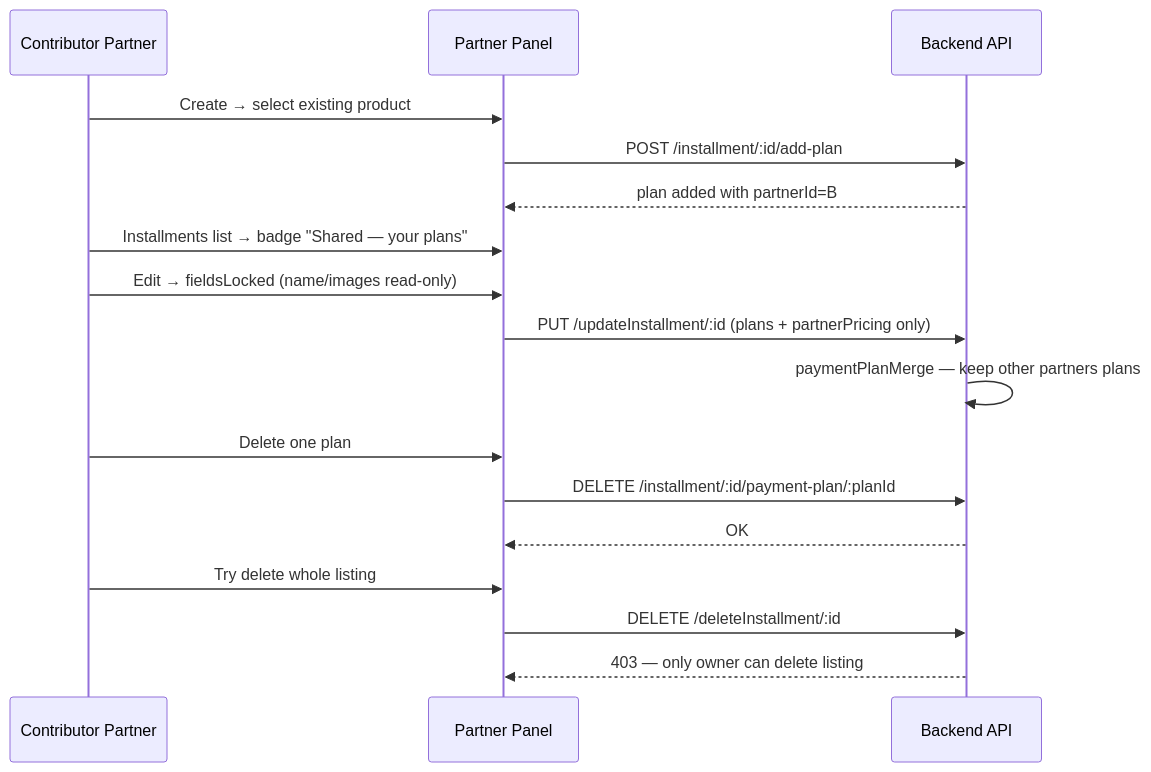
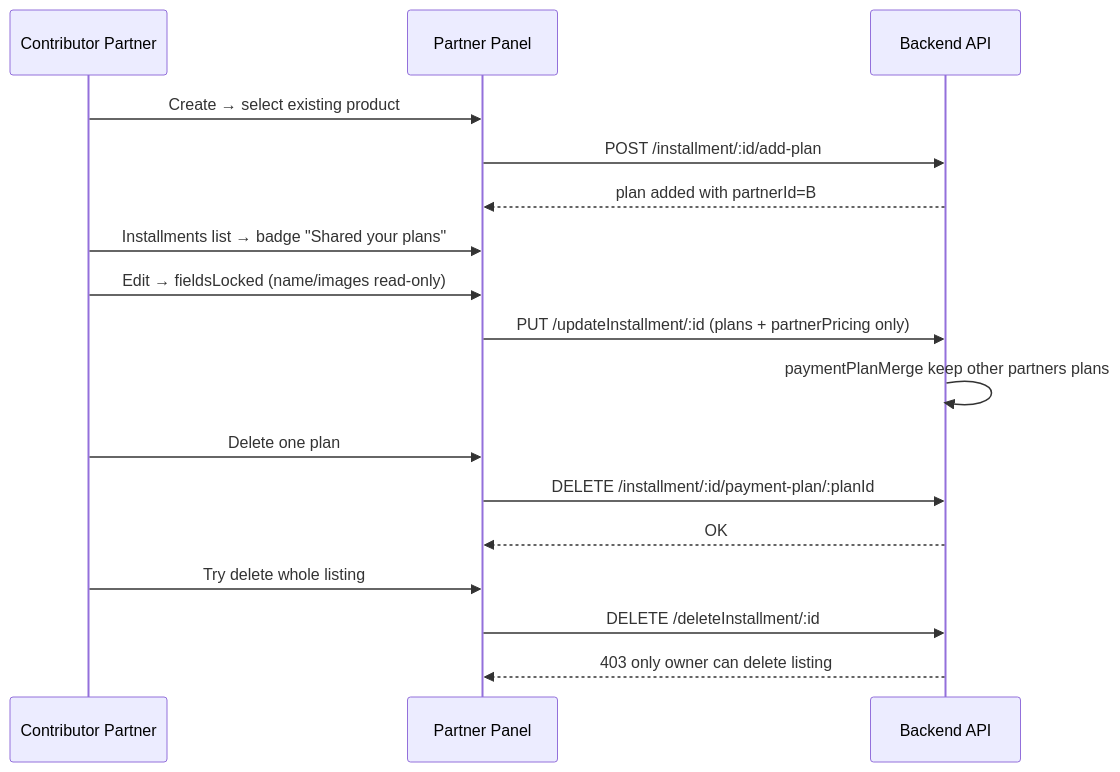
Diagram 21 of 25 in PARTNER_API_WORKFLOW.md (Madadgaar3377/madagaar-frontend), drawn with Mermaid before and after one commit. The commit also changed other lines of this file and 36 other files, not shown here.

````diff
--- a/PARTNER_API_WORKFLOW.md
+++ b/PARTNER_API_WORKFLOW.md
@@ -940,23 +940,23 @@
 ```mermaid
 sequenceDiagram
     participant P as Contributor Partner
     participant PP as Partner Panel
     participant API as Backend API
 
     P->>PP: Create → select existing product
     PP->>API: POST /installment/:id/add-plan
     API-->>PP: plan added with partnerId=B
 
-    P->>PP: Installments list → badge "Shared — your plans"
+    P->>PP: Installments list → badge "Shared  your plans"
     P->>PP: Edit → fieldsLocked (name/images read-only)
     PP->>API: PUT /updateInstallment/:id (plans + partnerPricing only)
-    API->>API: paymentPlanMerge — keep other partners plans
+    API->>API: paymentPlanMerge  keep other partners plans
 
     P->>PP: Delete one plan
     PP->>API: DELETE /installment/:id/payment-plan/:planId
     API-->>PP: OK
 
     P->>PP: Try delete whole listing
     PP->>API: DELETE /deleteInstallment/:id
-    API-->>PP: 403 — only owner can delete listing
+    API-->>PP: 403  only owner can delete listing
 ```
````
